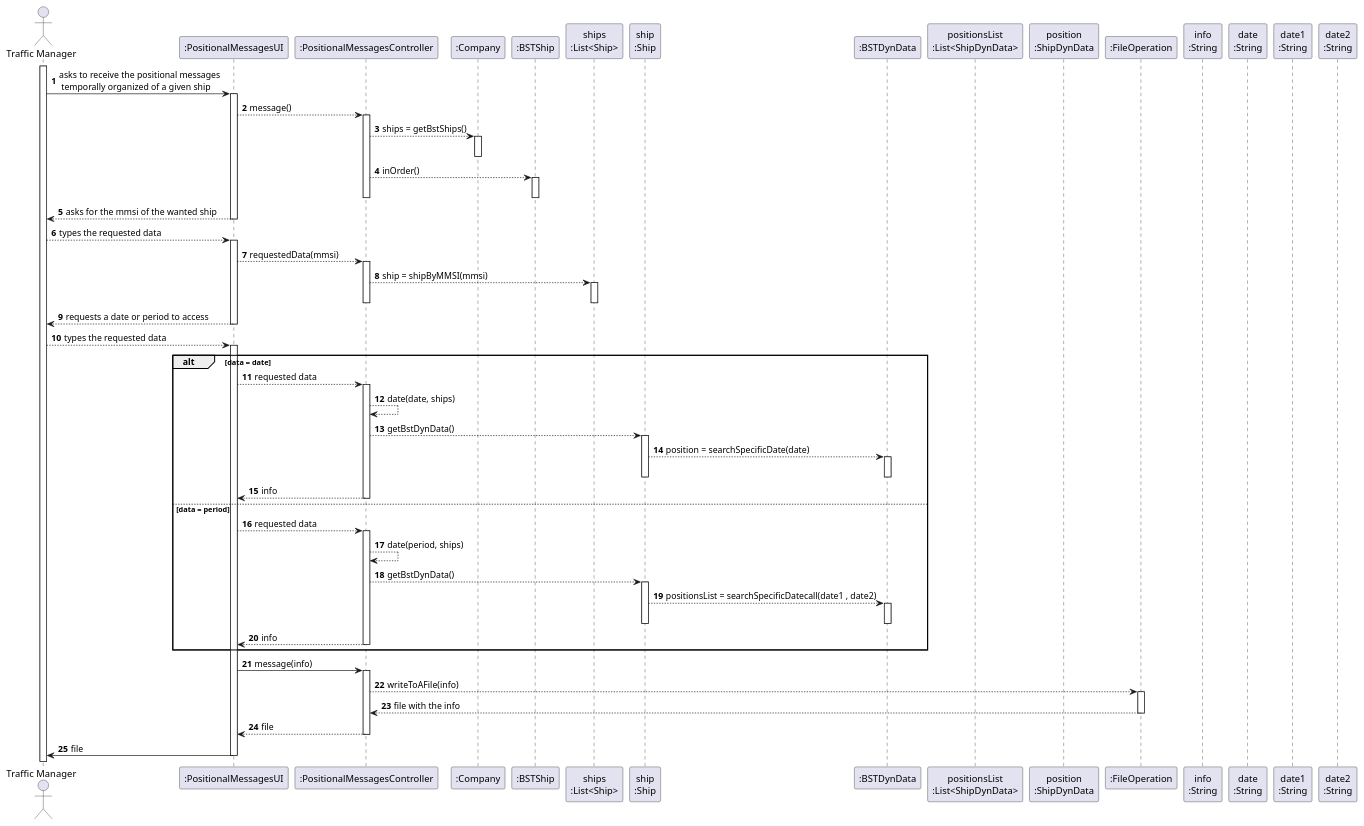
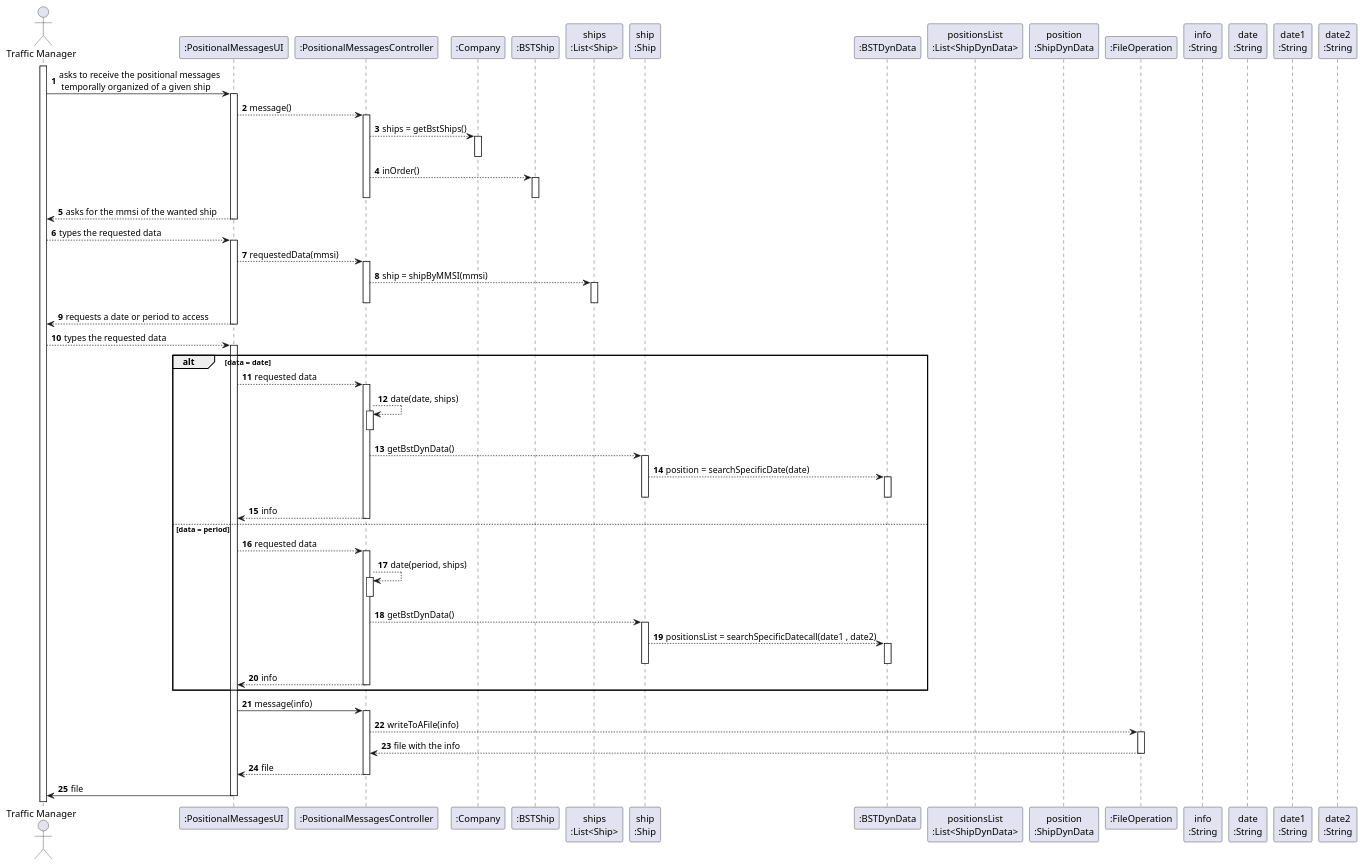
Before and after one commit to Pedromaia26/LAPR3-ISEP: the diagram in Documentation/Sprint1/Engineering_Design/US103/SD_US013.puml, drawn with PlantUML. The commit also changed 1 other file, not shown here.

```diff
--- a/Documentation/Sprint1/Engineering_Design/US103/SD_US013.puml
+++ b/Documentation/Sprint1/Engineering_Design/US103/SD_US013.puml
@@ -1,93 +1,97 @@
 @startuml
 'https://plantuml.com/sequence-diagram
 
 autonumber
 
 actor "Traffic Manager" as TM
 participant ":PositionalMessagesUI" as UI
 participant ":PositionalMessagesController" as CTRL
 participant ":Company" as C
 participant ":BSTShip" as BST
 participant "ships\n:List<Ship>" as LIST
 participant "ship\n:Ship" as S
 participant ":BSTDynData" as BSTDD
 participant "positionsList\n:List<ShipDynData>" as POS
 participant "position\n:ShipDynData" as P
 participant ":FileOperation" as FILE
 participant "info\n:String"
 participant "date\n:String"
 participant "date1\n:String"
 participant "date2\n:String"
 
 activate TM
 
 TM -> UI: asks to receive the positional messages \n temporally organized of a given ship
 activate UI
 UI --> CTRL: message()
 activate CTRL
 CTRL --> C: ships = getBstShips()
 activate C
 deactivate C
 CTRL --> BST: inOrder()
 activate BST
 deactivate BST
 
 deactivate CTRL
 UI --> TM: asks for the mmsi of the wanted ship
 deactivate UI
 TM --> UI: types the requested data
 activate UI
 UI --> CTRL: requestedData(mmsi)
 activate CTRL
 CTRL --> LIST: ship = shipByMMSI(mmsi)
 activate LIST
 deactivate LIST
 deactivate CTRL
 UI --> TM: requests a date or period to access
 deactivate UI
 TM --> UI: types the requested data
 activate UI
 alt data = date
 UI --> CTRL: requested data
 activate CTRL
 CTRL --> CTRL: date(date, ships)
+activate CTRL
+deactivate CTRL
 CTRL --> S: getBstDynData()
 activate S
 S --> BSTDD: position = searchSpecificDate(date)
 activate BSTDD
 deactivate BSTDD
 deactivate S
 CTRL --> UI: info
 deactivate CTRL
 else data = period
 UI --> CTRL: requested data
 activate CTRL
 CTRL --> CTRL: date(period, ships)
+activate CTRL
+deactivate CTRL
 CTRL --> S: getBstDynData()
 activate S
 S --> BSTDD: positionsList = searchSpecificDatecall(date1 , date2)
 activate BSTDD
 deactivate BSTDD
 deactivate S
 CTRL --> UI: info
 deactivate CTRL
 end
 UI -> CTRL: message(info)
 activate CTRL
 CTRL --> FILE: writeToAFile(info)
 activate FILE
 FILE --> CTRL: file with the info
 deactivate FILE
 CTRL --> UI: file
 deactivate CTRL
 
 UI -> TM: file
 deactivate UI
 
 
 
 
 
 
 
 @enduml
```
